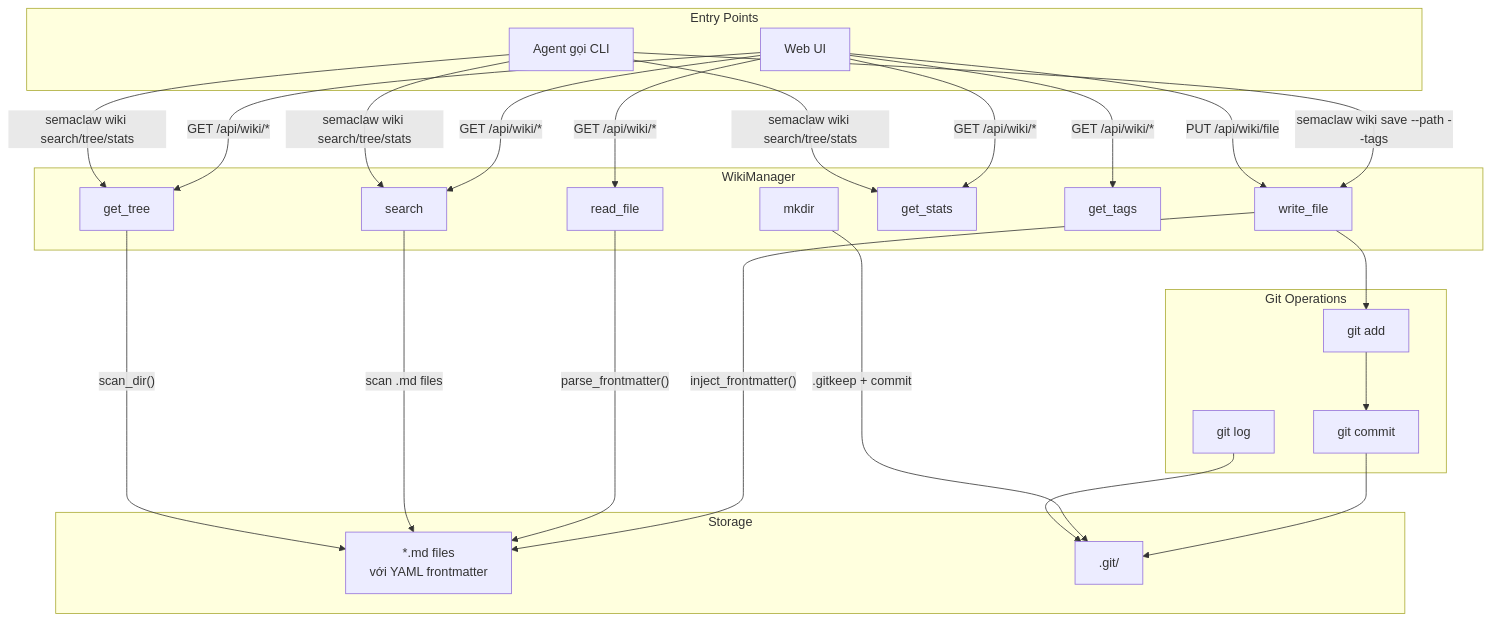
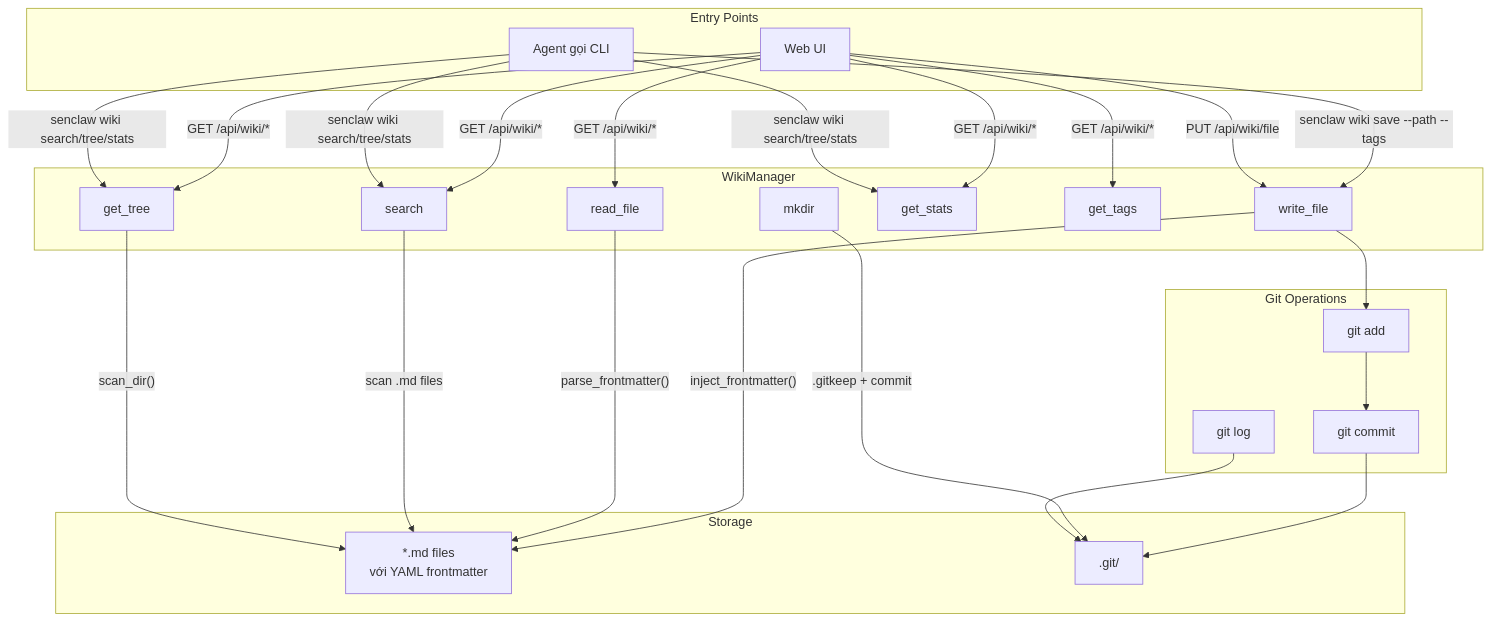
One commit to NortonBen/SenClaw changed the seventh of 10 diagrams in docs/memory.md. Above: the diagram before and after it, drawn with Mermaid. The commit also changed other lines of this file and 236 other files, not shown here.

````diff
--- a/docs/memory.md
+++ b/docs/memory.md
@@ -434,44 +434,44 @@
 ```mermaid
 flowchart TD
     subgraph "Entry Points"
         AGENT[Agent gọi CLI]
         WEB[Web UI]
     end
 
     subgraph "WikiManager"
         WRITE[write_file]
         READ[read_file]
         SEARCH[search]
         TREE[get_tree]
         STATS[get_stats]
         TAGS[get_tags]
         MKDIR[mkdir]
     end
 
     subgraph "Git Operations"
         ADD[git add]
         COMMIT[git commit]
         LOG[git log]
     end
 
     subgraph "Storage"
         MD[*.md files<br/>với YAML frontmatter]
         GITDIR[.git/]
     end
 
-    AGENT -->|"semaclaw wiki save --path --tags"| WRITE
+    AGENT -->|"senclaw wiki save --path --tags"| WRITE
     WEB -->|"PUT /api/wiki/file"| WRITE
     WEB -->|"GET /api/wiki/*"| READ & SEARCH & TREE & STATS & TAGS
-    AGENT -->|"semaclaw wiki search/tree/stats"| SEARCH & TREE & STATS
+    AGENT -->|"senclaw wiki search/tree/stats"| SEARCH & TREE & STATS
 
     WRITE --> |"inject_frontmatter()"| MD
     WRITE --> ADD
     ADD --> COMMIT
     COMMIT --> GITDIR
     MKDIR --> |".gitkeep + commit"| GITDIR
 
     READ --> |"parse_frontmatter()"| MD
     SEARCH --> |"scan .md files"| MD
     TREE --> |"scan_dir()"| MD
     LOG --> GITDIR
 ```
````
